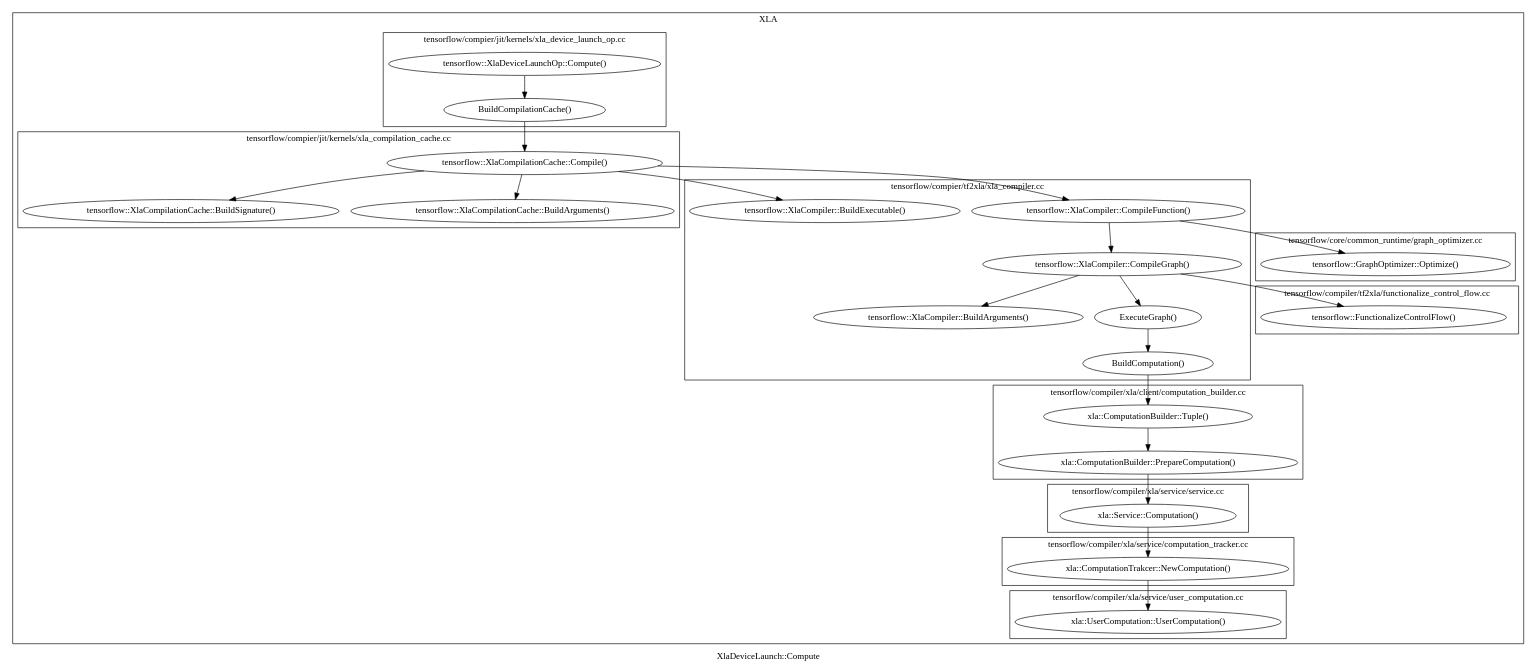
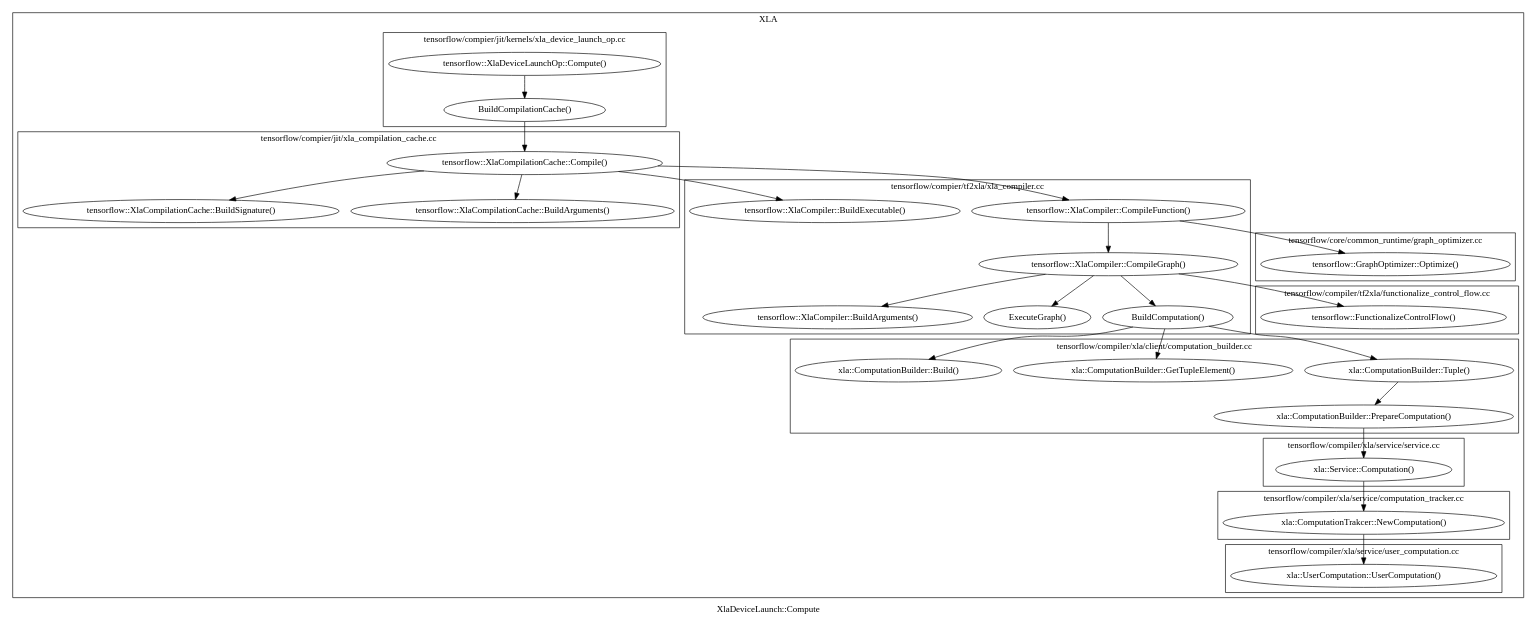
Before and after one commit to whchung/tf_trace: the diagram in 04.dot, drawn with Graphviz.

Commit message:
Improve 04.dot

```diff
--- a/04.dot
+++ b/04.dot
@@ -1,110 +1,112 @@
 digraph 04 {
   label = "XlaDeviceLaunch::Compute";
 
   subgraph cluster_xla {
     label = "XLA";
 
     subgraph cluster_xla_device_launch_op_cc {
       label = "tensorflow/compier/jit/kernels/xla_device_launch_op.cc";
       URL="https://github.com/ROCmSoftwarePlatform/tensorflow/blob/rocm-v1/tensorflow/compiler/jit/kernels/xla_device_launch_op.cc";
 
       00 [label="tensorflow::XlaDeviceLaunchOp::Compute()" URL="https://github.com/ROCmSoftwarePlatform/tensorflow/blob/rocm-v1/tensorflow/compiler/jit/xla_device_launch_op.cc#L84"];
       01 [label="BuildCompilationCache()" URL="https://github.com/ROCmSoftwarePlatform/tensorflow/blob/rocm-v1/tensorflow/compiler/jit/xla_device_launch_op.cc#L39"];
 
       00 -> 01;
     }
 
     subgraph cluster_xla_compilation_cache_cc {
-      label = "tensorflow/compier/jit/kernels/xla_compilation_cache.cc";
-      URL="https://github.com/ROCmSoftwarePlatform/tensorflow/blob/rocm-v1/tensorflow/compiler/jit/kernels/xla_compilation_cache.cc";
+      label = "tensorflow/compier/jit/xla_compilation_cache.cc";
+      URL="https://github.com/ROCmSoftwarePlatform/tensorflow/blob/rocm-v1/tensorflow/compiler/jit/xla_compilation_cache.cc";
 
       02 [label="tensorflow::XlaCompilationCache::Compile()" URL="https://github.com/ROCmSoftwarePlatform/tensorflow/blob/rocm-v1/tensorflow/compiler/jit/xla_compilation_cache.cc#L211"];
       03 [label="tensorflow::XlaCompilationCache::BuildSignature()" URL="https://github.com/ROCmSoftwarePlatform/tensorflow/blob/rocm-v1/tensorflow/compiler/jit/xla_compilation_cache.cc#L94"];
       04 [label="tensorflow::XlaCompilationCache::BuildArguments()" URL="https://github.com/ROCmSoftwarePlatform/tensorflow/blob/rocm-v1/tensorflow/compiler/jit/xla_compilation_cache.cc#L135"];
 
       01 -> 02;
       02 -> 03;
       02 -> 04;
     }
 
     subgraph cluster_xla_compiler_cc {
       label = "tensorflow/compier/tf2xla/xla_compiler.cc";
       URL="https://github.com/ROCmSoftwarePlatform/tensorflow/blob/rocm-v1/tensorflow/compiler/tf2xla/xla_compiler.cc";
 
       05 [label="tensorflow::XlaCompiler::CompileFunction()" URL="https://github.com/ROCmSoftwarePlatform/tensorflow/blob/rocm-v1/tensorflow/compiler/tf2xla/xla_compiler.cc#L110"];
       07 [label="tensorflow::XlaCompiler::CompileGraph()" URL="https://github.com/ROCmSoftwarePlatform/tensorflow/blob/rocm-v1/tensorflow/compiler/tf2xla/xla_compiler.cc#L418"];
       09 [label="tensorflow::XlaCompiler::BuildArguments()" URL="https://github.com/ROCmSoftwarePlatform/tensorflow/blob/rocm-v1/tensorflow/compiler/tf2xla/xla_compiler.cc#L245"];
       10 [label="ExecuteGraph()" URL="https://github.com/ROCmSoftwarePlatform/tensorflow/blob/rocm-v1/tensorflow/compiler/tf2xla/xla_compiler.cc#L195"];
 
-      
-
       11 [label="BuildComputation()" URL="https://github.com/ROCmSoftwarePlatform/tensorflow/blob/rocm-v1/tensorflow/compiler/tf2xla/xla_compiler.cc#L340"];
 
       99 [label="tensorflow::XlaCompiler::BuildExecutable()" URL="https://github.com/ROCmSoftwarePlatform/tensorflow/blob/rocm-v1/tensorflow/compiler/tf2xla/xla_compiler.cc#L161"];
 
       02 -> 05;
       05 -> 07;
       07 -> 09;
       07 -> 10;
-      10 -> 11;
+      07 -> 11;
 
       02 -> 99;
     }
 
     subgraph cluster_graph_optimizer_cc {
       label = "tensorflow/core/common_runtime/graph_optimizer.cc";
       URL="https://github.com/ROCmSoftwarePlatform/tensorflow/blob/rocm-v1/tensorflow/core/common_runtime/graph_optimizer.cc";
 
       06 [label="tensorflow::GraphOptimizer::Optimize()" URL="https://github.com/ROCmSoftwarePlatform/tensorflow/blob/rocm-v1/tensorflow/core/common_runtime/graph_optimizer.cc#L36"];
 
       05 -> 06;
     }
 
     subgraph cluster_functionalize_control_flow_cc {
       label = "tensorflow/compiler/tf2xla/functionalize_control_flow.cc";
       URL="https://github.com/ROCmSoftwarePlatform/tensorflow/blob/rocm-v1/tensorflow/compiler/tf2xla/functionalize_control_flow.cc";
 
       08 [label="tensorflow::FunctionalizeControlFlow()" URL="https://github.com/ROCmSoftwarePlatform/tensorflow/blob/rocm-v1/tensorflow/compiler/tf2xla/functionalize_control_flow.cc#L489"];
 
       07 -> 08;
     }
 
     subgraph cluster_computation_builder_cc {
       label = "tensorflow/compiler/xla/client/computation_builder.cc";
       URL="https://github.com/ROCmSoftwarePlatform/tensorflow/blob/rocm-v1/tensorflow/compiler/xla/client/computation_builder.cc";
 
       12 [label="xla::ComputationBuilder::Tuple()" URL="https://github.com/ROCmSoftwarePlatform/tensorflow/blob/rocm-v2/tensorflow/compiler/xla/client/computation_builder.cc#L43"];
       13 [label="xla::ComputationBuilder::PrepareComputation()" URL="https://github.com/ROCmSoftwarePlatform/tensorflow/blob/rocm-v2/tensorflow/compiler/xla/client/computation_builder.cc#L78"];
+      17 [label="xla::ComputationBuilder::GetTupleElement()" URL="https://github.com/ROCmSoftwarePlatform/tensorflow/blob/rocm-v2/tensorflow/compiler/xla/client/computation_builder.cc#L540"];
+      18 [label="xla::ComputationBuilder::Build()" URL="https://github.com/ROCmSoftwarePlatform/tensorflow/blob/rocm-v2/tensorflow/compiler/xla/client/computation_builder.cc#L1640"];
 
       11 -> 12;
       12 -> 13;
+      11 -> 17;
+      11 -> 18;
     }
 
     subgraph cluster_service_cc {
       label = "tensorflow/compiler/xla/service/service.cc";
       URL="https://github.com/ROCmSoftwarePlatform/tensorflow/blob/rocm-v1/tensorflow/compiler/xla/service/service.cc";
 
       14 [label="xla::Service::Computation()" URL="https://github.com/ROCmSoftwarePlatform/tensorflow/blob/rocm-v2/tensorflow/compiler/xla/service/service.cc#207"];
 
       13 -> 14;
     }
 
     subgraph cluster_computation_tracker_cc {
       label = "tensorflow/compiler/xla/service/computation_tracker.cc";
       URL="https://github.com/ROCmSoftwarePlatform/tensorflow/blob/rocm-v1/tensorflow/compiler/xla/service/computation_trakcer.cc";
 
       15 [label="xla::ComputationTrakcer::NewComputation()" URL="https://github.com/ROCmSoftwarePlatform/tensorflow/blob/rocm-v2/tensorflow/compiler/xla/service/computation_tracker.cc#L38"];
 
       14 -> 15;
     }
 
     subgraph cluster_user_computation_cc {
       label = "tensorflow/compiler/xla/service/user_computation.cc";
       URL="https://github.com/ROCmSoftwarePlatform/tensorflow/blob/rocm-v1/tensorflow/compiler/xla/service/user_computation.cc";
 
       16 [label="xla::UserComputation::UserComputation()" URL="https://github.com/ROCmSoftwarePlatform/tensorflow/blob/rocm-v2/tensorflow/compiler/xla/service/user_computation.cc#L168"];
 
       15 -> 16;
     }
   }
 }
```
